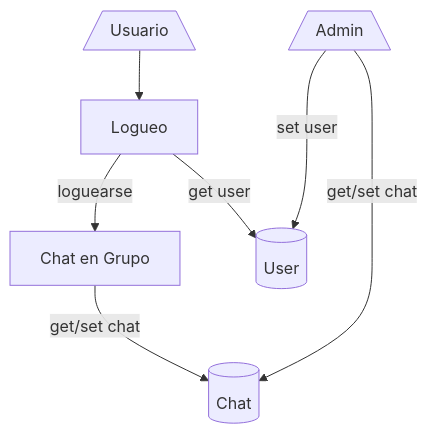
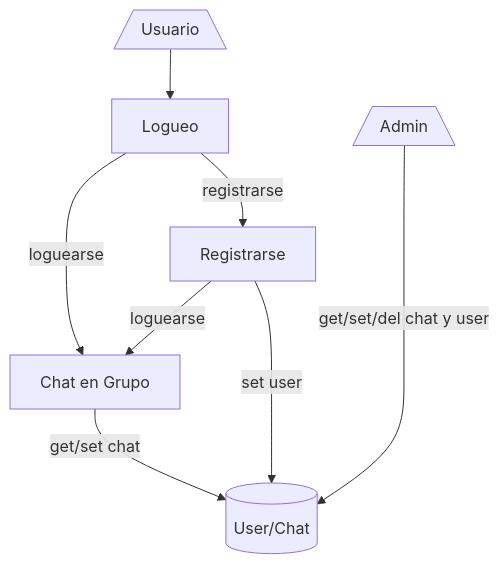
Before and after one commit to j0k3rD/real_time_chat_project: the diagram in README.md, drawn with Mermaid. The commit also changed other lines of this file, not shown here.

Commit message:
#13 Update Readme V2

````diff
--- a/README.md
+++ b/README.md
@@ -5,15 +8,31 @@
 ```mermaid
+
 flowchart TD
+
 User[/Usuario\]
+
 Admin[/Admin\]
+
 Login[Logueo]
+
 Chat[Chat en Grupo]
-db1[(User)]
-db2[(Chat)]
+
+Register[Registrarse]
+
+Database[(User/Chat)]
+
 User --> Login
+
 Login -- loguearse --> Chat
-Chat -- get/set chat --> db2
-Login -- get user --> db1
-Admin -- set user ---> db1
-Admin -- get/set chat ----> db2
+
+Login -- registrarse --> Register
+
+Chat -- get/set chat --> Database
+
+Register -- set user --> Database
+
+Register -- loguearse --> Chat
+
+Admin -- get/set/del chat y user ----> Database
+
 ```
````
